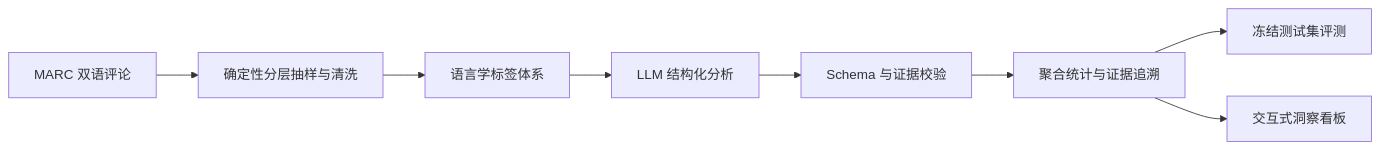
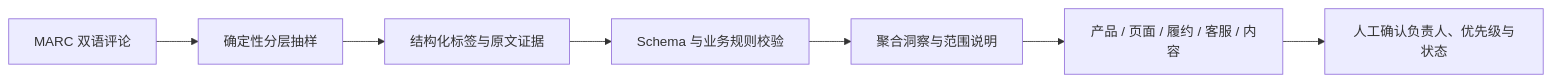
The diagram in README.md (zugzwang-zg/crossborder-voice-agent), drawn with Mermaid before and after one commit. The commit also changed other lines of this file and 8 other files, not shown here.

````diff
--- a/README.md
+++ b/README.md
@@ -64,10 +76,9 @@
 ```mermaid
 flowchart LR
-    A["MARC 双语评论"] --> B["确定性分层抽样与清洗"]
-    B --> C["语言学标签体系"]
-    C --> D["LLM 结构化分析"]
-    D --> E["Schema 与证据校验"]
-    E --> F["聚合统计与证据追溯"]
-    F --> G["冻结测试集评测"]
-    F --> H["交互式洞察看板"]
+    A["MARC 双语评论"] --> B["确定性分层抽样"]
+    B --> C["结构化标签与原文证据"]
+    C --> D["Schema 与业务规则校验"]
+    D --> E["聚合洞察与范围说明"]
+    E --> F["产品 / 页面 / 履约 / 客服 / 内容"]
+    F --> G["人工确认负责人、优先级与状态"]
 ```
````
